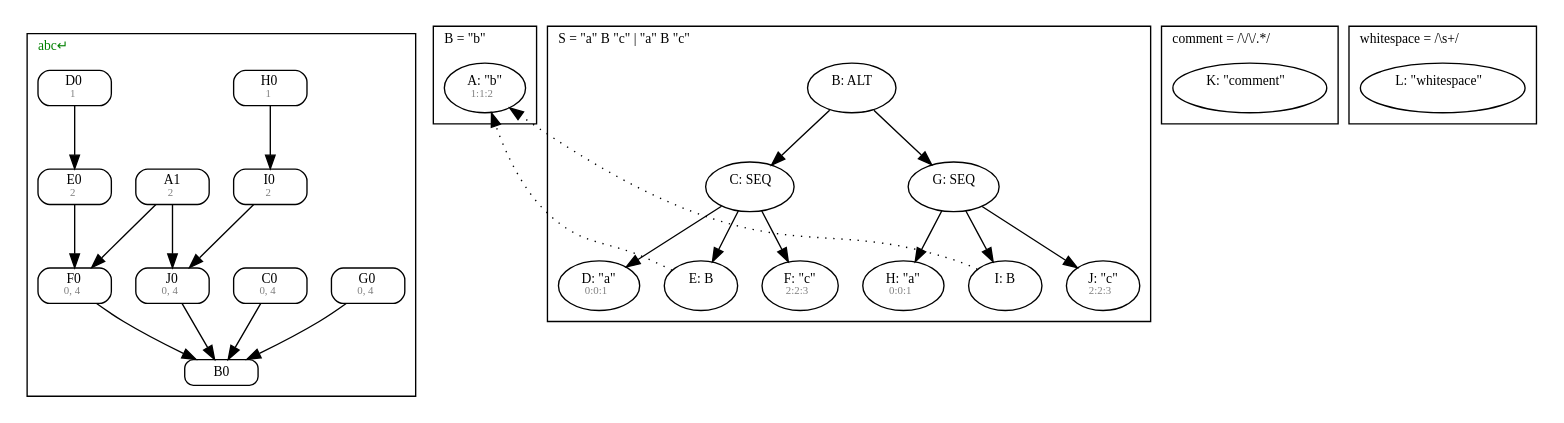
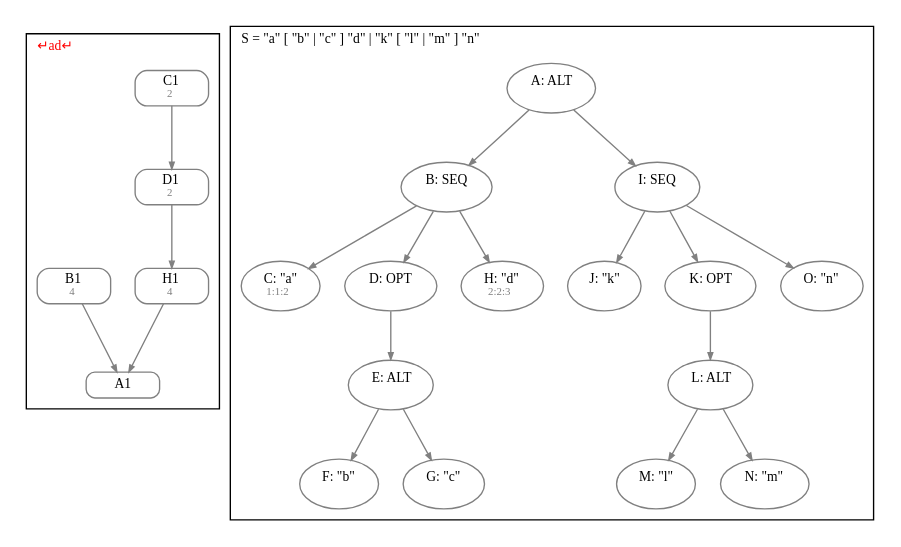
One commit to JanWillemBrands/AoC2021 changed the diagram in diagram.gv. Above: the diagram before and after it, drawn with Graphviz. The commit also changed 17 other files, not shown here.

Commit message:
Added gNode modelled on ART.  Included DOT diagram generation and ebnf reconstruction. Removed GrammarElement for now because I don't understand why it's there.

```diff
--- a/diagram.gv
+++ b/diagram.gv
@@ -1,79 +1,57 @@
 digraph G {
   fontname = Menlo
   fontsize = 10
-  node [fontname = Menlo, fontsize = 10]
-  edge [fontname = Menlo, fontsize = 10]
+      node [fontname = Menlo, fontsize = 10, color = gray]
+      edge [fontname = Menlo, fontsize = 10, color = gray, arrowsize = 0.5]
+
   graph [ordering = out]
   subgraph GSS {
     cluster = true
-    label = <abc↵> fontcolor = green
+    label = <↵ad↵> fontcolor = red
     labeljust = l
     node [shape = box, style = rounded, height = 0]
-    J0 [label = <J0<br/><font color="gray" point-size="8.0"> 0, 4</font>>]
-    J0 -> B0
-    I0 [label = <I0<br/><font color="gray" point-size="8.0"> 2</font>>]
-    I0 -> J0
-    H0 [label = <H0<br/><font color="gray" point-size="8.0"> 1</font>>]
-    H0 -> I0
-    G0 [label = <G0<br/><font color="gray" point-size="8.0"> 0, 4</font>>]
-    G0 -> B0
-    F0 [label = <F0<br/><font color="gray" point-size="8.0"> 0, 4</font>>]
-    F0 -> B0
-    E0 [label = <E0<br/><font color="gray" point-size="8.0"> 2</font>>]
-    E0 -> F0
-    D0 [label = <D0<br/><font color="gray" point-size="8.0"> 1</font>>]
-    D0 -> E0
-    C0 [label = <C0<br/><font color="gray" point-size="8.0"> 0, 4</font>>]
-    C0 -> B0
-    A1 [label = <A1<br/><font color="gray" point-size="8.0"> 2</font>>]
-    A1 -> F0
-    A1 [label = <A1<br/><font color="gray" point-size="8.0"> 2</font>>]
-    A1 -> J0
-  }
-  subgraph B {
-    cluster = true
-    label = <B = "b">
-    labeljust = l
-    node [shape = ellipse, height = 0]
-    A [label = <A: "b"<br/><font color="gray" point-size="8.0"> 1:1:2</font>>]
+    H1 [label = <H1<br/><font color="gray" point-size="8.0"> 4</font>>]
+    H1 -> A1
+    D1 [label = <D1<br/><font color="gray" point-size="8.0"> 2</font>>]
+    D1 -> H1
+    C1 [label = <C1<br/><font color="gray" point-size="8.0"> 2</font>>]
+    C1 -> D1
+    B1 [label = <B1<br/><font color="gray" point-size="8.0"> 4</font>>]
+    B1 -> A1
   }
   subgraph S {
     cluster = true
-    label = <S = "a" B "c" | "a" B "c">
+    label = <S = "a" [ "b" | "c" ] "d" | "k" [ "l" | "m" ] "n">
     labeljust = l
     node [shape = ellipse, height = 0]
-    B [label = <B: ALT<br/><font color="gray" point-size="8.0"> </font>>]
+    A [label = <A: ALT<br/><font color="gray" point-size="8.0"> </font>>]
+    A -> B
+    B [label = <B: SEQ<br/><font color="gray" point-size="8.0"> </font>>]
     B -> C
-    C [label = <C: SEQ<br/><font color="gray" point-size="8.0"> </font>>]
-    C -> D
-    D [label = <D: "a"<br/><font color="gray" point-size="8.0"> 0:0:1</font>>]
-    C -> E
-    E [label = <E: B<br/><font color="gray" point-size="8.0"> </font>>]
-    C -> F
-    F [label = <F: "c"<br/><font color="gray" point-size="8.0"> 2:2:3</font>>]
-    B -> G
-    G [label = <G: SEQ<br/><font color="gray" point-size="8.0"> </font>>]
-    G -> H
-    H [label = <H: "a"<br/><font color="gray" point-size="8.0"> 0:0:1</font>>]
-    G -> I
-    I [label = <I: B<br/><font color="gray" point-size="8.0"> </font>>]
-    G -> J
-    J [label = <J: "c"<br/><font color="gray" point-size="8.0"> 2:2:3</font>>]
+    C [label = <C: "a"<br/><font color="gray" point-size="8.0"> 1:1:2</font>>]
+    B -> D
+    D [label = <D: OPT<br/><font color="gray" point-size="8.0"> </font>>]
+    D -> E
+    E [label = <E: ALT<br/><font color="gray" point-size="8.0"> </font>>]
+    E -> F
+    F [label = <F: "b"<br/><font color="gray" point-size="8.0"> </font>>]
+    E -> G
+    G [label = <G: "c"<br/><font color="gray" point-size="8.0"> </font>>]
+    B -> H
+    H [label = <H: "d"<br/><font color="gray" point-size="8.0"> 2:2:3</font>>]
+    A -> I
+    I [label = <I: SEQ<br/><font color="gray" point-size="8.0"> </font>>]
+    I -> J
+    J [label = <J: "k"<br/><font color="gray" point-size="8.0"> </font>>]
+    I -> K
+    K [label = <K: OPT<br/><font color="gray" point-size="8.0"> </font>>]
+    K -> L
+    L [label = <L: ALT<br/><font color="gray" point-size="8.0"> </font>>]
+    L -> M
+    M [label = <M: "l"<br/><font color="gray" point-size="8.0"> </font>>]
+    L -> N
+    N [label = <N: "m"<br/><font color="gray" point-size="8.0"> </font>>]
+    I -> O
+    O [label = <O: "n"<br/><font color="gray" point-size="8.0"> </font>>]
   }
-  subgraph comment {
-    cluster = true
-    label = <comment = /\/\/.*/>
-    labeljust = l
-    node [shape = ellipse, height = 0]
-    K [label = <K: "comment"<br/><font color="gray" point-size="8.0"> </font>>]
-  }
-  subgraph whitespace {
-    cluster = true
-    label = <whitespace = /\s+/>
-    labeljust = l
-    node [shape = ellipse, height = 0]
-    L [label = <L: "whitespace"<br/><font color="gray" point-size="8.0"> </font>>]
-  }
-  E -> A [style = dotted, constraint = false]
-  I -> A [style = dotted, constraint = false]
 }
```
